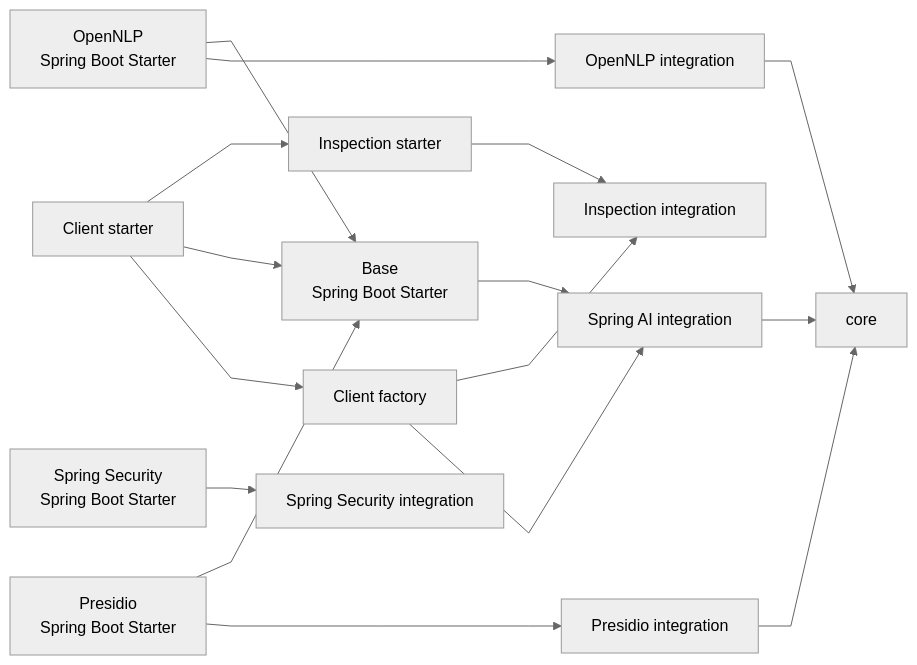
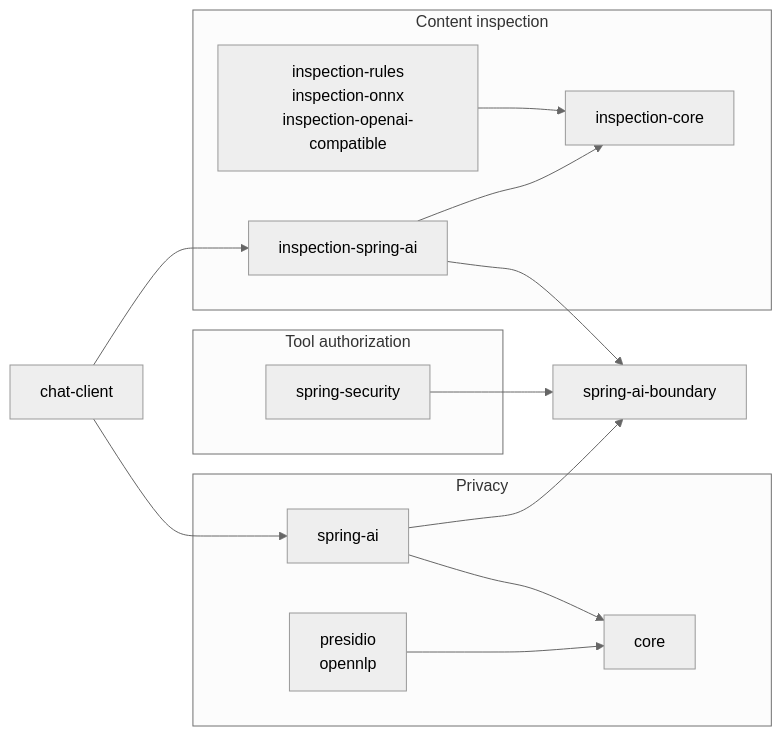
Before and after one commit to ultramancode/spring-ai-privacy-guardrails: the third of 5 diagrams in docs/architecture.md, drawn with Mermaid (neutral theme). The commit also changed other lines of this file and 42 other files, not shown here.

````diff
--- a/docs/architecture.md
+++ b/docs/architecture.md
@@ -53,24 +71,24 @@
 ```mermaid
-%%{init: {"flowchart": {"curve": "linear"}}}%%
 flowchart LR
-    CORE["core"]
-    CLIENT["Client factory"] --> SAI
-    CLIENT --> INSPECT["Inspection integration"]
-    CLIENTBOOT["Client starter"] --> CLIENT
-    CLIENTBOOT --> BASE
-    CLIENTBOOT --> INSPECTBOOT["Inspection starter"]
-    INSPECTBOOT --> INSPECT
+    CLIENT["chat-client"]
 
-    PRES["Presidio integration"] --> CORE
-    SAI["Spring AI integration"] --> CORE
-    OPEN["OpenNLP integration"] --> CORE
-    SEC["Spring Security integration"]
+    subgraph PRIVACY["Privacy"]
+        SAI["spring-ai"] --> CORE["core"]
+        ANALYZERS["presidio<br/>opennlp"] --> CORE
+    end
 
-    PRESBOOT["Presidio<br/>Spring Boot Starter"] --> PRES
-    BASE["Base<br/>Spring Boot Starter"] --> SAI
-    OPENBOOT["OpenNLP<br/>Spring Boot Starter"] --> OPEN
-    SECBOOT["Spring Security<br/>Spring Boot Starter"] --> SEC
+    subgraph SECURITY["Tool authorization"]
+        SEC["spring-security"]
+    end
 
-    PRESBOOT --> BASE
-    OPENBOOT --> BASE
+    subgraph INSPECTION["Content inspection"]
+        BACKENDS["inspection-rules<br/>inspection-onnx<br/>inspection-openai-compatible"] --> ICORE["inspection-core"]
+        ISA["inspection-spring-ai"] --> ICORE
+    end
+
+    CLIENT --> ISA
+    CLIENT --> SAI
+    SAI --> BOUNDARY["spring-ai-boundary"]
+    SEC --> BOUNDARY
+    ISA --> BOUNDARY
 ```
````
